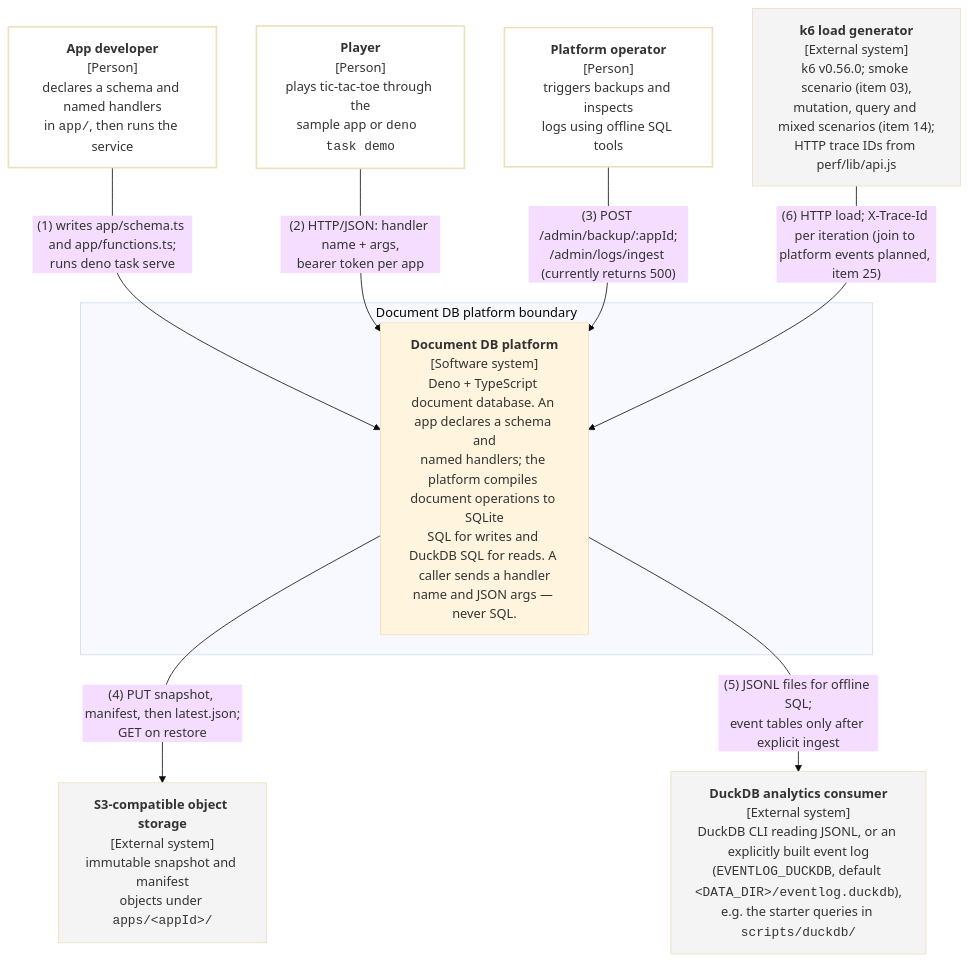
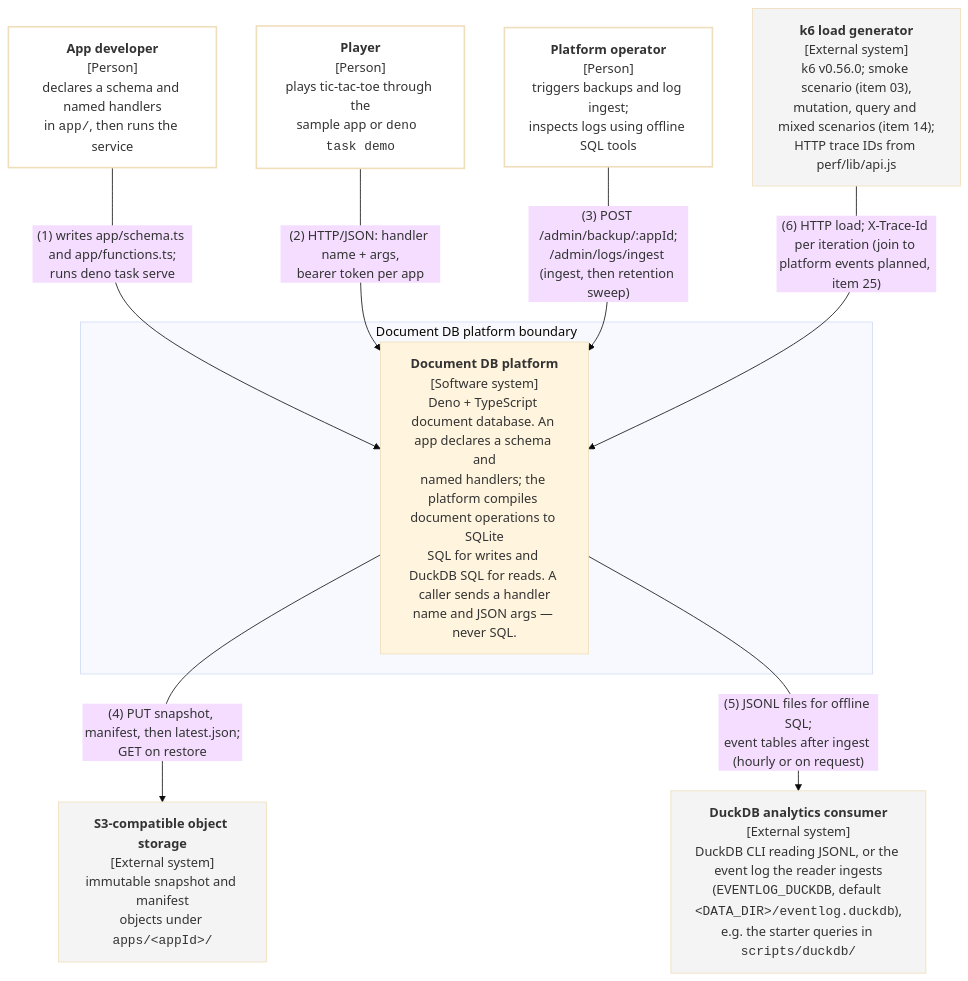
One commit to nickstrad/ts-db changed the diagram in docs/architecture/c4-context-document-db.github.md. Above: the diagram before and after it, drawn with Mermaid (base theme). The commit also changed other lines of this file and 14 other files, not shown here.

First line of the commit message:
docs: reconcile architecture and runtime documentation (item 37)

````diff
--- a/docs/architecture/c4-context-document-db.github.md
+++ b/docs/architecture/c4-context-document-db.github.md
@@ -13,27 +14,27 @@
 ```mermaid
 flowchart TB
     dev["<b>App developer</b><br/>[Person]<br/>declares a schema and named handlers<br/>in <code>app/</code>, then runs the service"]
     player["<b>Player</b><br/>[Person]<br/>plays tic-tac-toe through the<br/>sample app or <code>deno task demo</code>"]
-    op["<b>Platform operator</b><br/>[Person]<br/>triggers backups and inspects<br/>logs using offline SQL tools"]
+    op["<b>Platform operator</b><br/>[Person]<br/>triggers backups and log ingest;<br/>inspects logs using offline SQL tools"]
 
     subgraph system["Document DB platform boundary"]
     plat["<b>Document DB platform</b><br/>[Software system]<br/>Deno + TypeScript document database. An app declares a schema and<br/>named handlers; the platform compiles document operations to SQLite<br/>SQL for writes and DuckDB SQL for reads. A caller sends a handler<br/>name and JSON args — never SQL."]
     end
 
     s3["<b>S3-compatible object storage</b><br/>[External system]<br/>immutable snapshot and manifest<br/>objects under <code>apps/&lt;appId&gt;/</code>"]
-    duck["<b>DuckDB analytics consumer</b><br/>[External system]<br/>DuckDB CLI reading JSONL, or an explicitly built event log<br/>(<code>EVENTLOG_DUCKDB</code>, default <code>&lt;DATA_DIR&gt;/eventlog.duckdb</code>),<br/>e.g. the starter queries in <code>scripts/duckdb/</code>"]
+    duck["<b>DuckDB analytics consumer</b><br/>[External system]<br/>DuckDB CLI reading JSONL, or the event log the reader ingests<br/>(<code>EVENTLOG_DUCKDB</code>, default <code>&lt;DATA_DIR&gt;/eventlog.duckdb</code>),<br/>e.g. the starter queries in <code>scripts/duckdb/</code>"]
     k6["<b>k6 load generator</b><br/>[External system]<br/>k6 v0.56.0; smoke scenario (item 03),<br/>mutation, query and mixed scenarios (item 14);<br/>HTTP trace IDs from perf/lib/api.js"]
 
     dev -->|"(1) writes app/schema.ts and app/functions.ts;<br/>runs deno task serve"| plat
     player -->|"(2) HTTP/JSON: handler name + args,<br/>bearer token per app"| plat
-    op -->|"(3) POST /admin/backup/:appId;<br/>/admin/logs/ingest (currently returns 500)"| plat
+    op -->|"(3) POST /admin/backup/:appId;<br/>/admin/logs/ingest (ingest, then retention sweep)"| plat
     plat -->|"(4) PUT snapshot, manifest, then latest.json;<br/>GET on restore"| s3
-    plat -->|"(5) JSONL files for offline SQL;<br/>event tables only after explicit ingest"| duck
+    plat -->|"(5) JSONL files for offline SQL;<br/>event tables after ingest (hourly or on request)"| duck
     k6 -->|"(6) HTTP load; X-Trace-Id per iteration (join to platform events planned, item 25)"| plat
 
     classDef planned stroke-dasharray: 5 3
     classDef person fill:#fff,stroke-width:2px
     classDef external fill:#f4f4f4
     class dev,player,op person
     class s3,duck,k6 external
 ```
````
